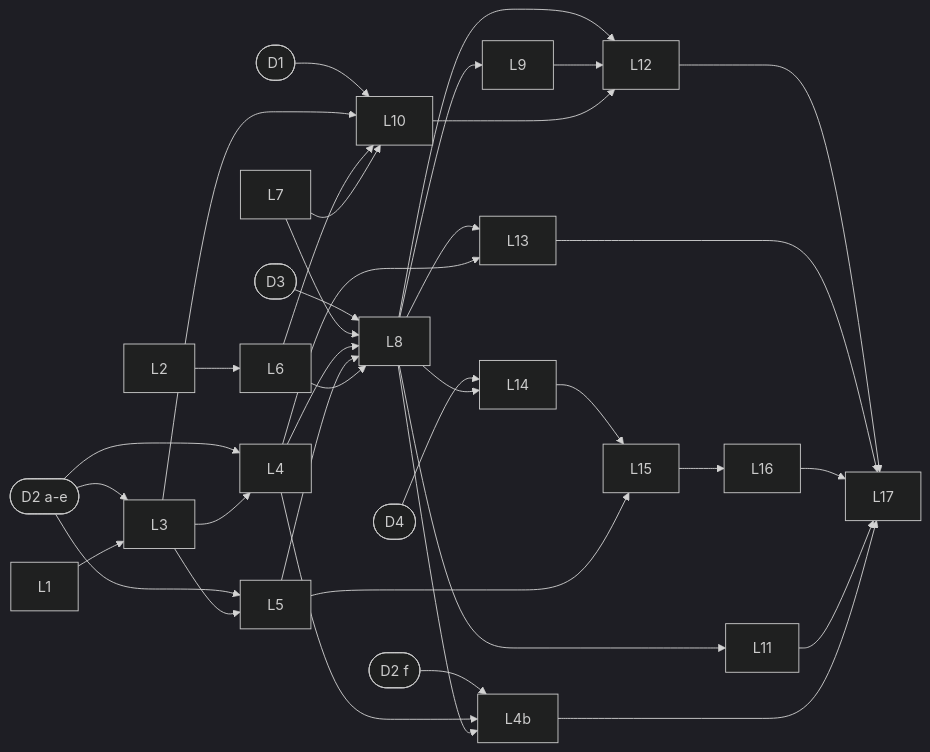
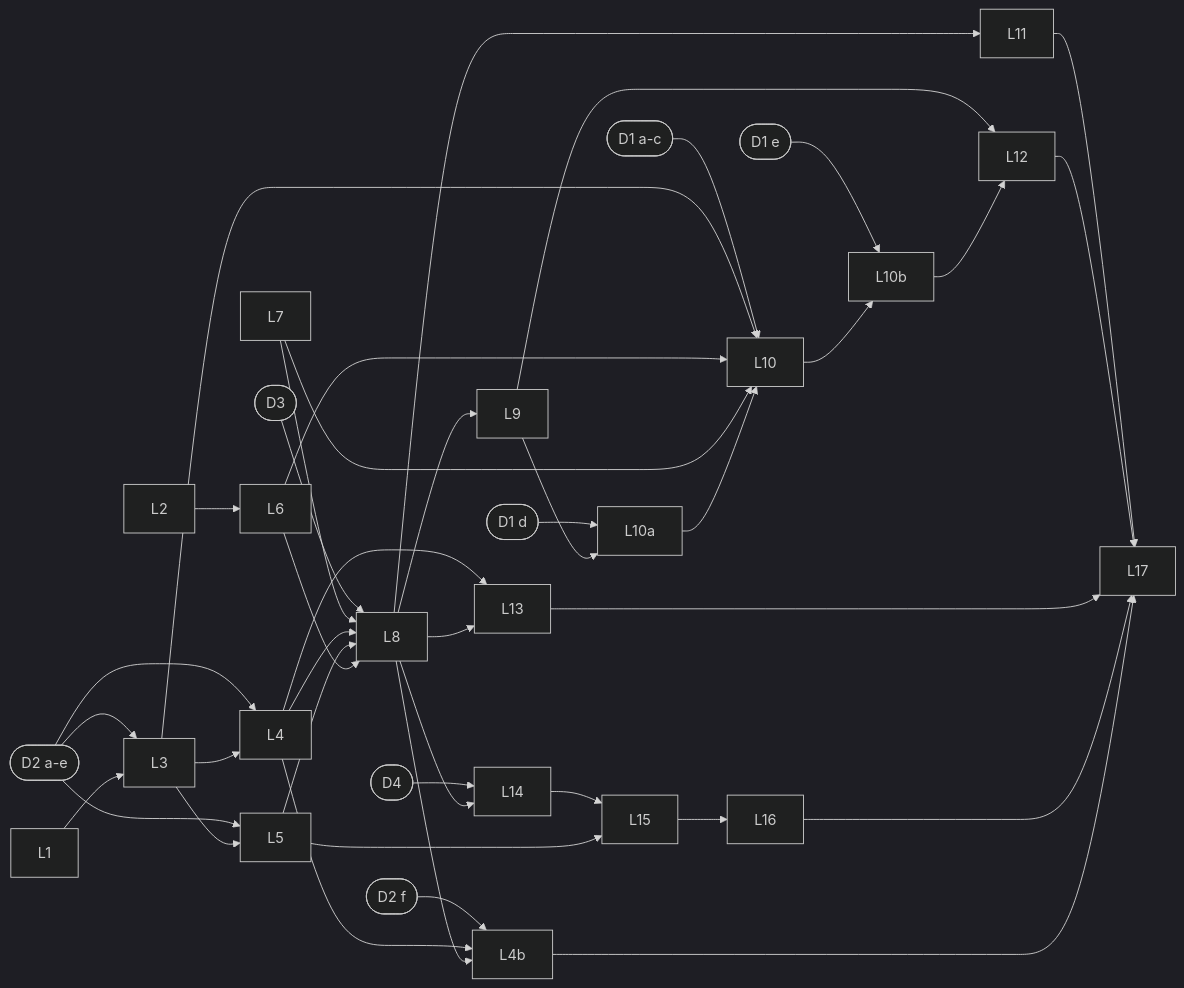
Before and after one commit to maingocanh1702/plexco-app: the diagram in docs/sessions/web-mvp-phase3-plan.md, drawn with Mermaid (dark theme). The commit also changed other lines of this file and 3 other files, not shown here.

````diff
--- a/docs/sessions/web-mvp-phase3-plan.md
+++ b/docs/sessions/web-mvp-phase3-plan.md
@@ -58,21 +60,25 @@
 ```mermaid
 flowchart LR
-  D1([D1]) --> L10
+  D1([D1 a-c]) --> L10
+  D1d([D1 d]) --> L10a
+  D1e([D1 e]) --> L10b
   D2([D2 a-e]) --> L3 & L4 & L5
   D2f([D2 f]) --> L4b
   D3([D3]) --> L8
   D4([D4]) --> L14
   L1 --> L3
   L3 --> L4 & L5 & L10
   L2 --> L6
   L6 --> L10
   L7 --> L8 & L10
   L4 & L5 & L6 --> L8
-  L4 & L8 --> L4b
-  L8 --> L9 & L11 & L13 & L14
-  L4 --> L13
-  L8 & L9 & L10 --> L12
+  L4 --> L4b & L13
+  L8 --> L9 & L11 & L13 & L14 & L4b
+  L9 --> L10a & L12
+  L10a --> L10
+  L10 --> L10b
+  L10b --> L12
   L14 & L5 --> L15
   L15 --> L16
-  L12 & L13 & L16 & L11 & L4b --> L17
+  L11 & L12 & L13 & L16 & L4b --> L17
 ```
````
